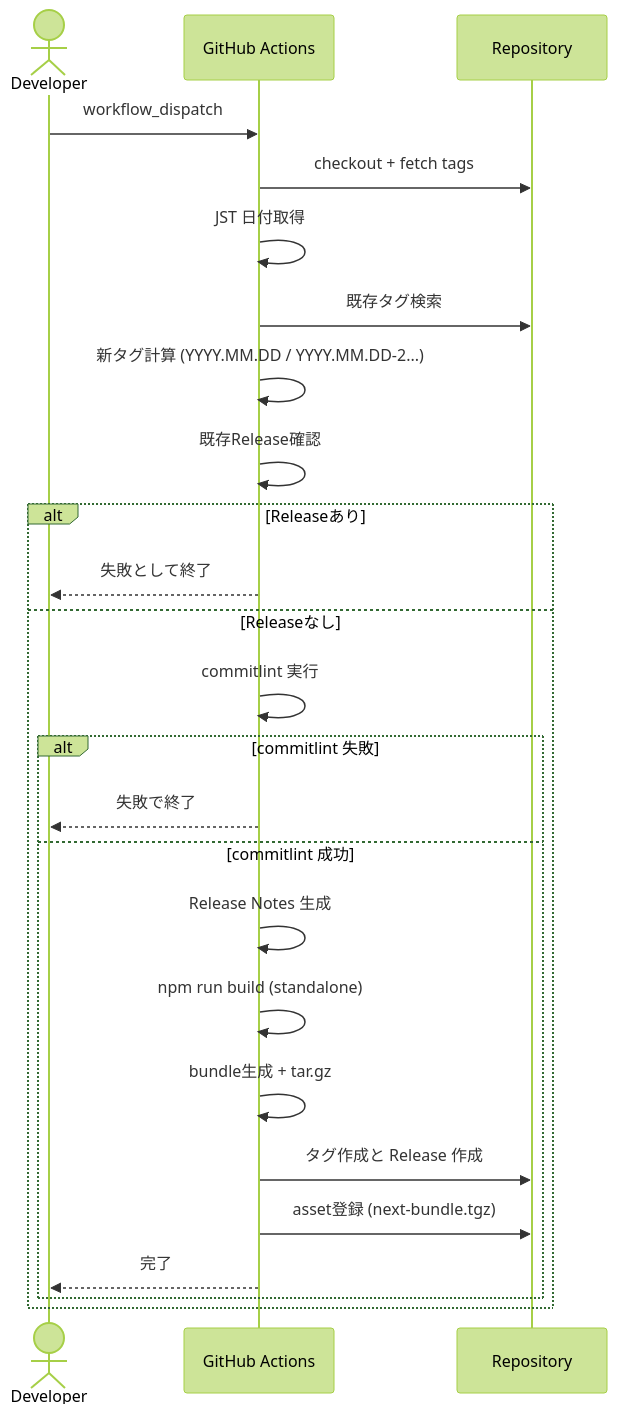
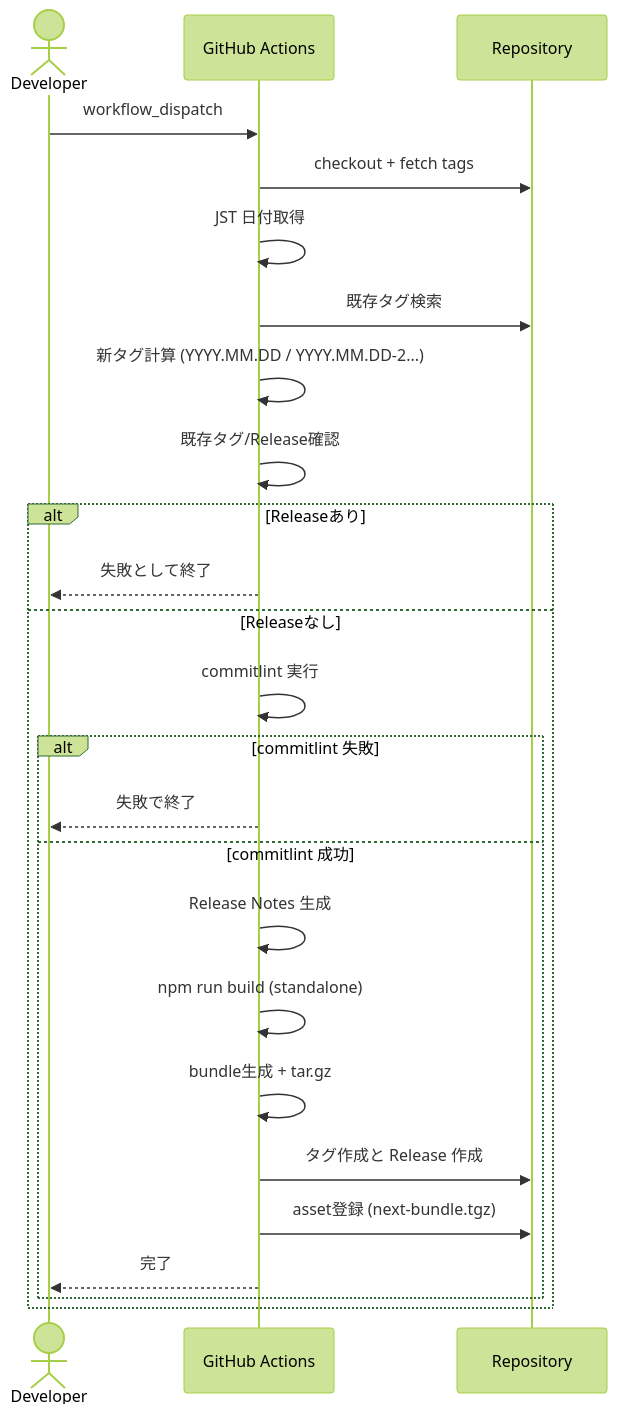
One commit to LevelCapTech/Agile-PMBOK-Assist changed the first of 2 diagrams in .github/copilot/plans/47_github-release-management-implementation-plan.md. Above: the diagram before and after it, drawn with Mermaid (forest theme). The commit also changed other lines of this file, not shown here.

````diff
--- a/.github/copilot/plans/47_github-release-management-implementation-plan.md
+++ b/.github/copilot/plans/47_github-release-management-implementation-plan.md
@@ -132,28 +135,28 @@
 ```mermaid
 sequenceDiagram
   actor Dev as Developer
   participant GH as GitHub Actions
   participant Repo as Repository
 
   Dev->>GH: workflow_dispatch
   GH->>Repo: checkout + fetch tags
   GH->>GH: JST 日付取得
   GH->>Repo: 既存タグ検索
   GH->>GH: 新タグ計算 (YYYY.MM.DD / YYYY.MM.DD-2...)
-  GH->>GH: 既存Release確認
+  GH->>GH: 既存タグ/Release確認
   alt Releaseあり
     GH-->>Dev: 失敗として終了
   else Releaseなし
     GH->>GH: commitlint 実行
     alt commitlint 失敗
       GH-->>Dev: 失敗で終了
     else commitlint 成功
       GH->>GH: Release Notes 生成
       GH->>GH: npm run build (standalone)
       GH->>GH: bundle生成 + tar.gz
       GH->>Repo: タグ作成と Release 作成
       GH->>Repo: asset登録 (next-bundle.tgz)
       GH-->>Dev: 完了
     end
   end
 ```
````
